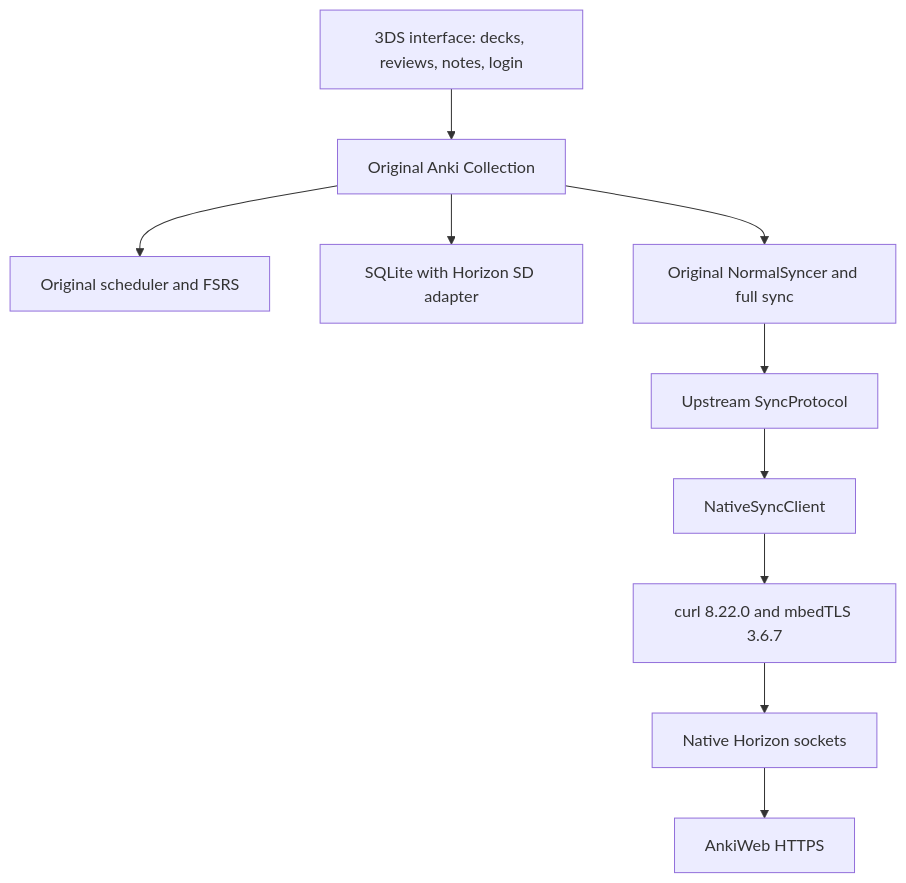
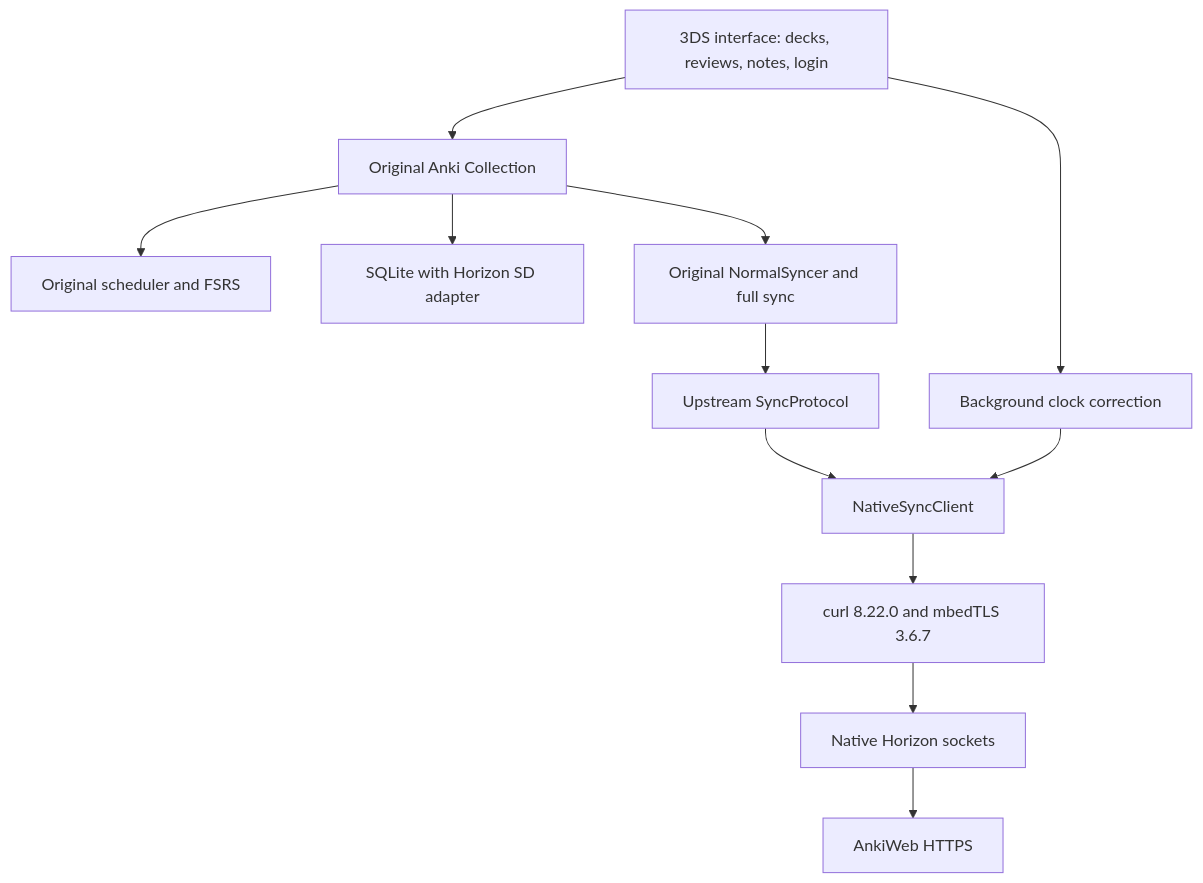
Before and after one commit to AlexMolina08/anki-3ds: the diagram in README.md, drawn with Mermaid. The commit also changed other lines of this file and 23 other files, not shown here.

````diff
--- a/README.md
+++ b/README.md
@@ -10,12 +10,14 @@
 ```mermaid
 flowchart TD
     UI[3DS interface: decks, reviews, notes, login] --> Collection[Original Anki Collection]
+    UI --> Clock[Background clock correction]
+    Clock --> Native
     Collection --> Scheduler[Original scheduler and FSRS]
     Collection --> SQLite[SQLite with Horizon SD adapter]
     Collection --> Sync[Original NormalSyncer and full sync]
     Sync --> Protocol[Upstream SyncProtocol]
     Protocol --> Native[NativeSyncClient]
     Native --> TLS[curl 8.22.0 and mbedTLS 3.6.7]
     TLS --> SOC[Native Horizon sockets]
     SOC --> AnkiWeb[AnkiWeb HTTPS]
 ```
````
